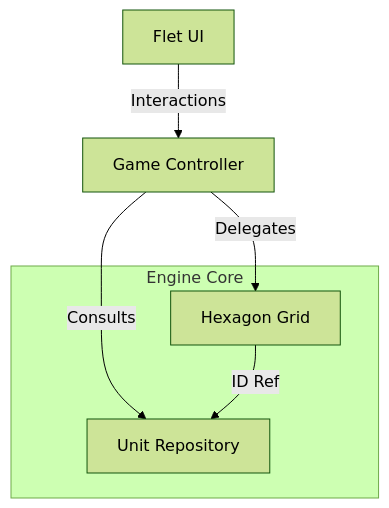
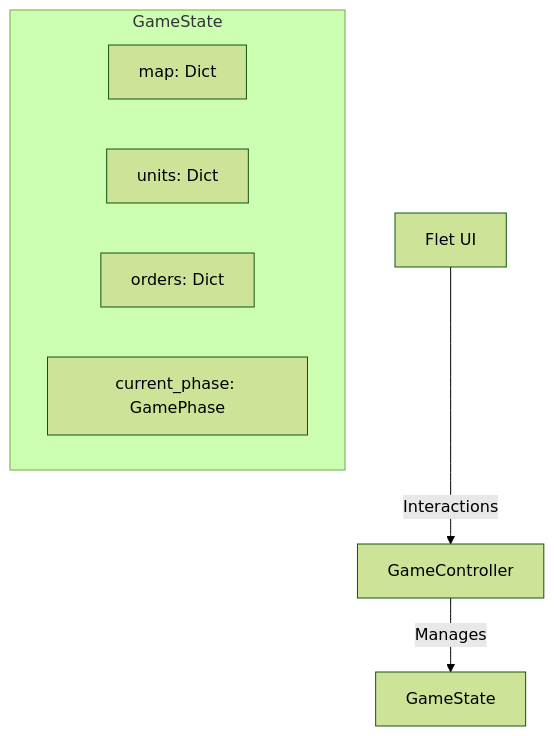
The diagram in .claude/skills/state-machine/SKILL.md (kodexArg/syv-flet), drawn with Mermaid (forest theme) before and after one commit. The commit also changed other lines of this file and 5 other files, not shown here.

````diff
--- a/.claude/skills/state-machine/SKILL.md
+++ b/.claude/skills/state-machine/SKILL.md
@@ -15,10 +11,12 @@
 ```mermaid
 graph TD
-    UI[Flet UI] -->|Interactions| Controller[Game Controller]
-    Controller -->|Delegates| Grid[Hexagon Grid]
-    Controller -->|Consults| Repo[Unit Repository]
-    
-    subgraph Engine Core
-        Grid -- ID Ref --> Repo
+    UI[Flet UI] -->|Interactions| Controller[GameController]
+    Controller -->|Manages| State[GameState]
+
+    subgraph GameState
+        Map[map: Dict]
+        Units[units: Dict]
+        Orders[orders: Dict]
+        FSM[current_phase: GamePhase]
     end
 ```
````
